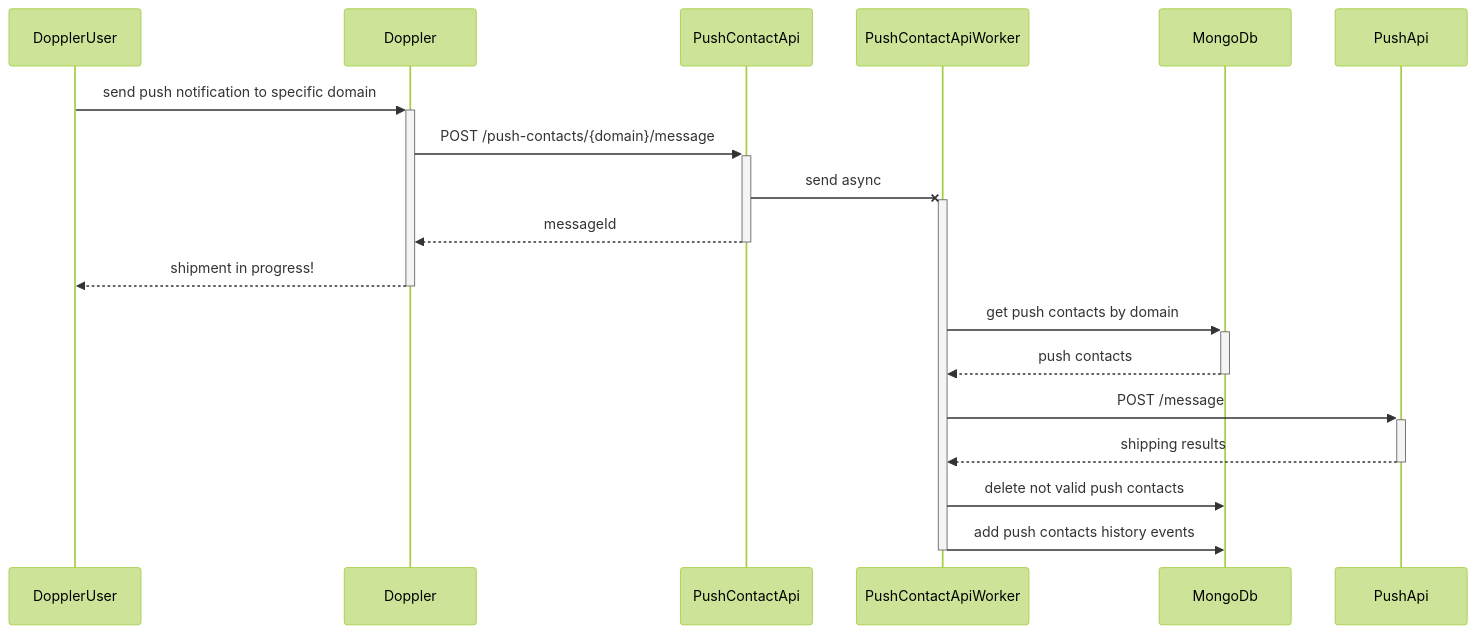
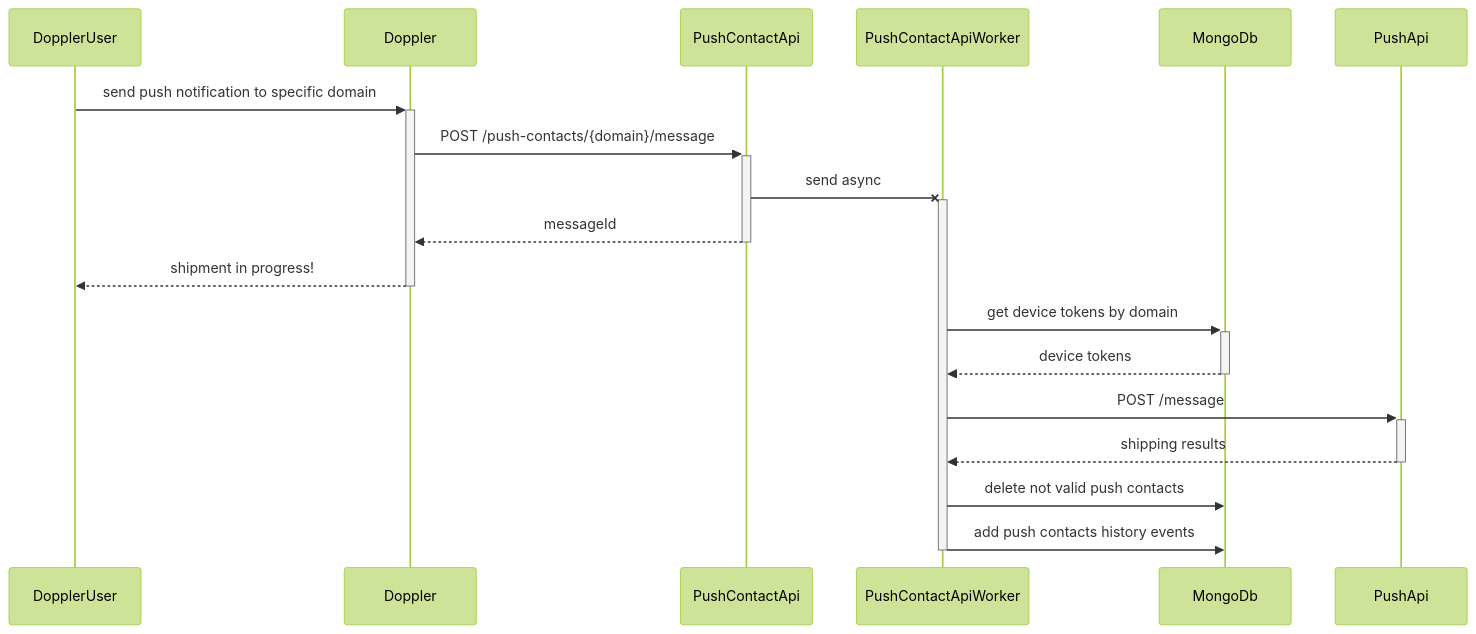
The second of 2 diagrams in README.md (leoslopez/doppler-push-contact), drawn with Mermaid (forest theme) before and after one commit. The commit also changed 1 other file, not shown here.

Commit message:
docs: add obtain only device tokens from storage documentation

````diff
--- a/README.md
+++ b/README.md
@@ -53,22 +53,22 @@
 ```mermaid
 sequenceDiagram
   participant DopplerUser
   participant Doppler
   participant PushContactApi
   participant PushContactApiWorker
   participant MongoDb
   participant PushApi
 DopplerUser->>+Doppler: send push notification to specific domain
 Doppler->>+PushContactApi: POST /push-contacts/{domain}/message
 PushContactApi-x+PushContactApiWorker: send async
 PushContactApi-->>-Doppler: messageId
 Doppler-->>-DopplerUser: shipment in progress!
 
-PushContactApiWorker->>+MongoDb: get push contacts by domain
-MongoDb-->>-PushContactApiWorker: push contacts
+PushContactApiWorker->>+MongoDb: get device tokens by domain
+MongoDb-->>-PushContactApiWorker: device tokens
 PushContactApiWorker->>+PushApi: POST /message
 PushApi-->>-PushContactApiWorker: shipping results
 PushContactApiWorker->>MongoDb: delete not valid push contacts
 PushContactApiWorker->>MongoDb: add push contacts history events
 deactivate PushContactApiWorker
 ```
````
